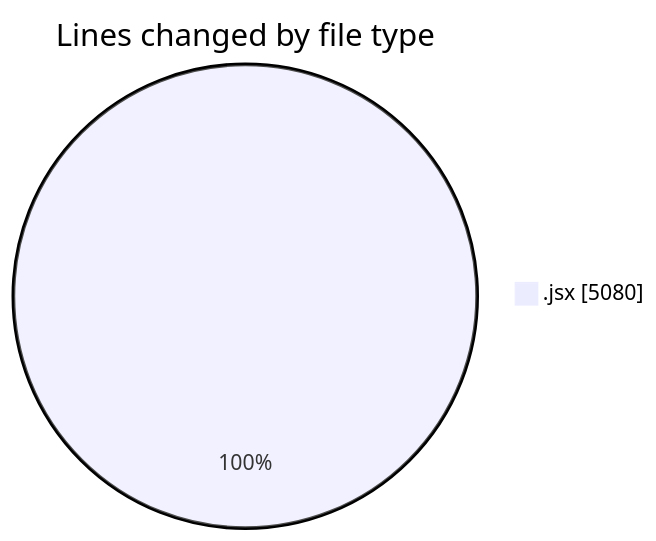
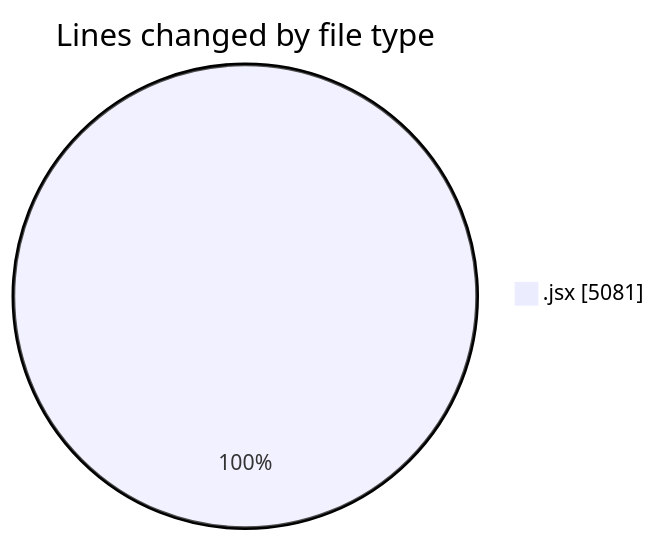
One commit to nxtqubesakshisongat/code-tracking changed the first of 2 diagrams in 2025-10-07/nxtqube_webapp/README.md. Above: the diagram before and after it, drawn with Mermaid. The commit also changed other lines of this file and 1 other file, not shown here.

````diff
--- a/2025-10-07/nxtqube_webapp/README.md
+++ b/2025-10-07/nxtqube_webapp/README.md
@@ -23,5 +23,5 @@
 ```mermaid
 pie showData
 title Lines changed by file type
-".jsx" : 5080
+".jsx" : 5081
 ```
````
